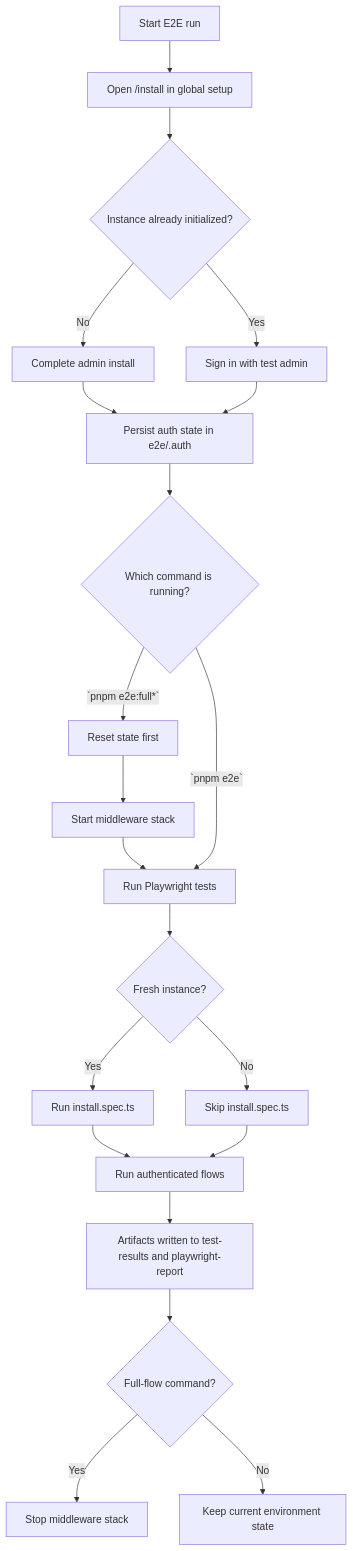
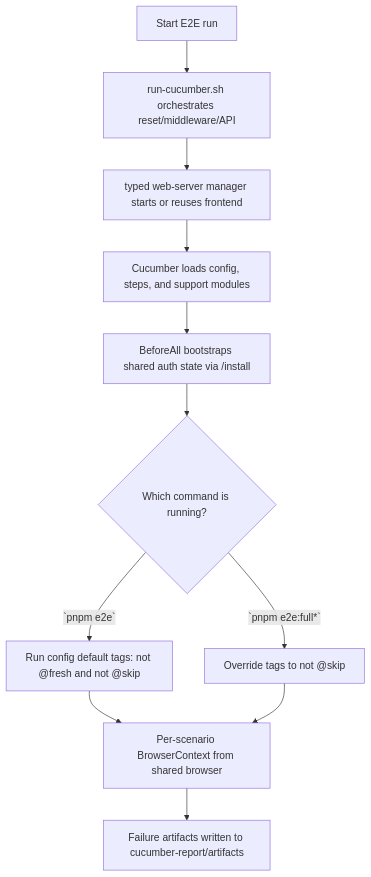
One commit to langgenius/dify changed the diagram in e2e/AGENTS.md. Above: the diagram before and after it, drawn with Mermaid. The commit also changed other lines of this file and 29 other files, not shown here.

````diff
--- a/e2e/AGENTS.md
+++ b/e2e/AGENTS.md
@@ -33,23 +38,13 @@
 ```mermaid
 flowchart TD
-  A["Start E2E run"] --> B["Open /install in global setup"]
-  B --> C{"Instance already initialized?"}
-  C -->|No| D["Complete admin install"]
-  C -->|Yes| E["Sign in with test admin"]
-  D --> F["Persist auth state in e2e/.auth"]
-  E --> F
-  F --> G{"Which command is running?"}
-  G -->|`pnpm e2e:full*`| H["Reset state first"]
-  H --> I["Start middleware stack"]
-  I --> J["Run Playwright tests"]
-  G -->|`pnpm e2e`| J
-  J --> K{"Fresh instance?"}
-  K -->|Yes| L["Run install.spec.ts"]
-  K -->|No| M["Skip install.spec.ts"]
-  L --> N["Run authenticated flows"]
-  M --> N
-  N --> O["Artifacts written to test-results and playwright-report"]
-  O --> P{"Full-flow command?"}
-  P -->|Yes| Q["Stop middleware stack"]
-  P -->|No| R["Keep current environment state"]
+  A["Start E2E run"] --> B["run-cucumber.sh orchestrates reset/middleware/API"]
+  B --> C["typed web-server manager starts or reuses frontend"]
+  C --> D["Cucumber loads config, steps, and support modules"]
+  D --> E["BeforeAll bootstraps shared auth state via /install"]
+  E --> F{"Which command is running?"}
+  F -->|`pnpm e2e`| G["Run config default tags: not @fresh and not @skip"]
+  F -->|`pnpm e2e:full*`| H["Override tags to not @skip"]
+  G --> I["Per-scenario BrowserContext from shared browser"]
+  H --> I
+  I --> J["Failure artifacts written to cucumber-report/artifacts"]
 ```
````
